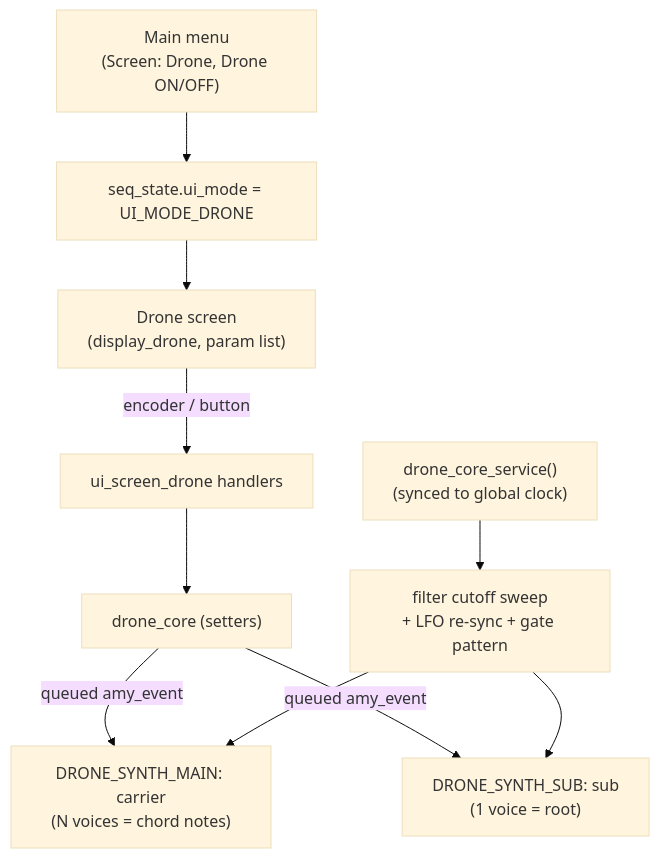
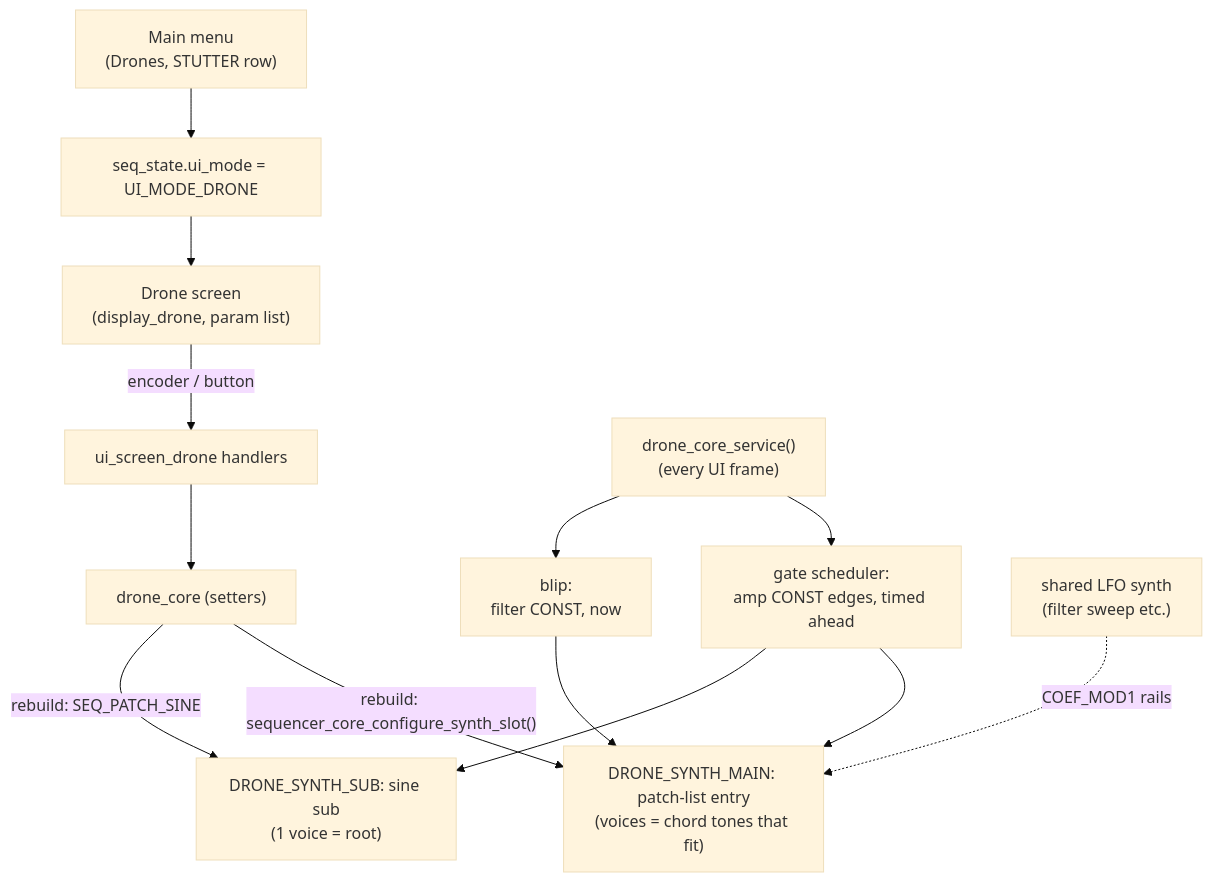
One commit to rt-rtos/S3-Amysynth changed the diagram in components/synth_core/custompatches/DRONE.md. Above: the diagram before and after it, drawn with Mermaid (base theme). The commit also changed other lines of this file and 81 other files, not shown here.

````diff
--- a/components/synth_core/custompatches/DRONE.md
+++ b/components/synth_core/custompatches/DRONE.md
@@ -47,12 +70,15 @@
 ```mermaid
 flowchart TD
-  MENU["Main menu\n(Screen: Drone, Drone ON/OFF)"] --> MODE["seq_state.ui_mode = UI_MODE_DRONE"]
-  MODE --> SCREEN["Drone screen\n(display_drone, param list)"]
+  MENU["Main menu<br/>(Drones, STUTTER row)"] --> MODE["seq_state.ui_mode = UI_MODE_DRONE"]
+  MODE --> SCREEN["Drone screen<br/>(display_drone, param list)"]
   SCREEN -->|encoder / button| GLUE["ui_screen_drone handlers"]
   GLUE --> CORE["drone_core (setters)"]
-  CORE -->|queued amy_event| MAIN["DRONE_SYNTH_MAIN: carrier\n(N voices = chord notes)"]
-  CORE -->|queued amy_event| SUB["DRONE_SYNTH_SUB: sub\n(1 voice = root)"]
-  SERVICE["drone_core_service()\n(synced to global clock)"] --> SWEEP["filter cutoff sweep\n+ LFO re-sync + gate pattern"]
-  SWEEP --> MAIN
-  SWEEP --> SUB
+  CORE -->|"rebuild: sequencer_core_configure_synth_slot()"| MAIN["DRONE_SYNTH_MAIN: patch-list entry<br/>(voices = chord tones that fit)"]
+  CORE -->|"rebuild: SEQ_PATCH_SINE"| SUB["DRONE_SYNTH_SUB: sine sub<br/>(1 voice = root)"]
+  SERVICE["drone_core_service()<br/>(every UI frame)"] --> GATE["gate scheduler:<br/>amp CONST edges, timed ahead"]
+  SERVICE --> BLIP["blip:<br/>filter CONST, now"]
+  BANK["shared LFO synth<br/>(filter sweep etc.)"] -. "COEF_MOD1 rails" .-> MAIN
+  GATE --> MAIN
+  GATE --> SUB
+  BLIP --> MAIN
 ```
````
